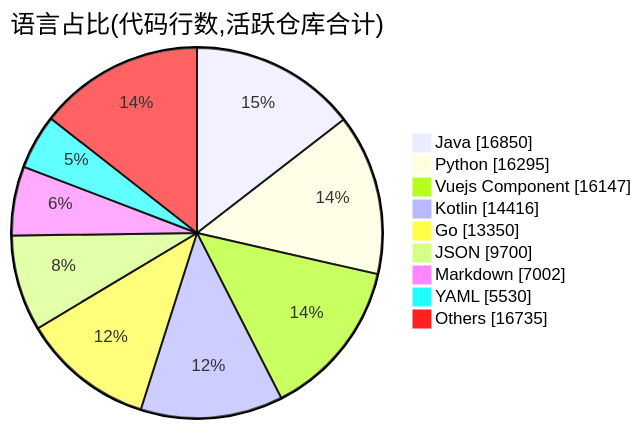
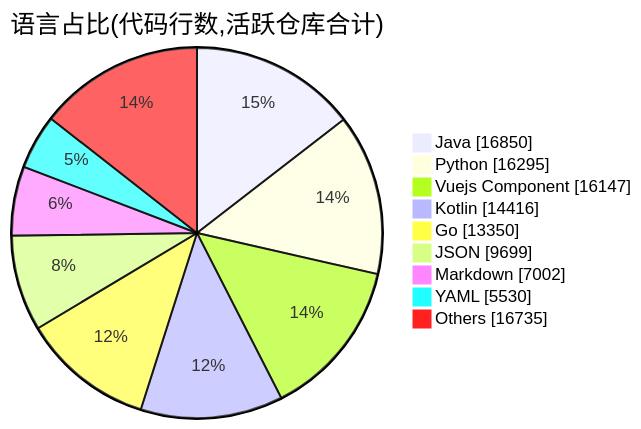
One commit to Conflux-Union/.github changed the second of 2 diagrams in profile/README.md. Above: the diagram before and after it, drawn with Mermaid. The commit also changed other lines of this file and 1 other file, not shown here.

````diff
--- a/profile/README.md
+++ b/profile/README.md
@@ -78,13 +78,13 @@
 ```mermaid
 pie showData
     title 语言占比(代码行数,活跃仓库合计)
     "Java" : 16850
     "Python" : 16295
     "Vuejs Component" : 16147
     "Kotlin" : 14416
     "Go" : 13350
-    "JSON" : 9700
+    "JSON" : 9699
     "Markdown" : 7002
     "YAML" : 5530
     "Others" : 16735
 ```
````
